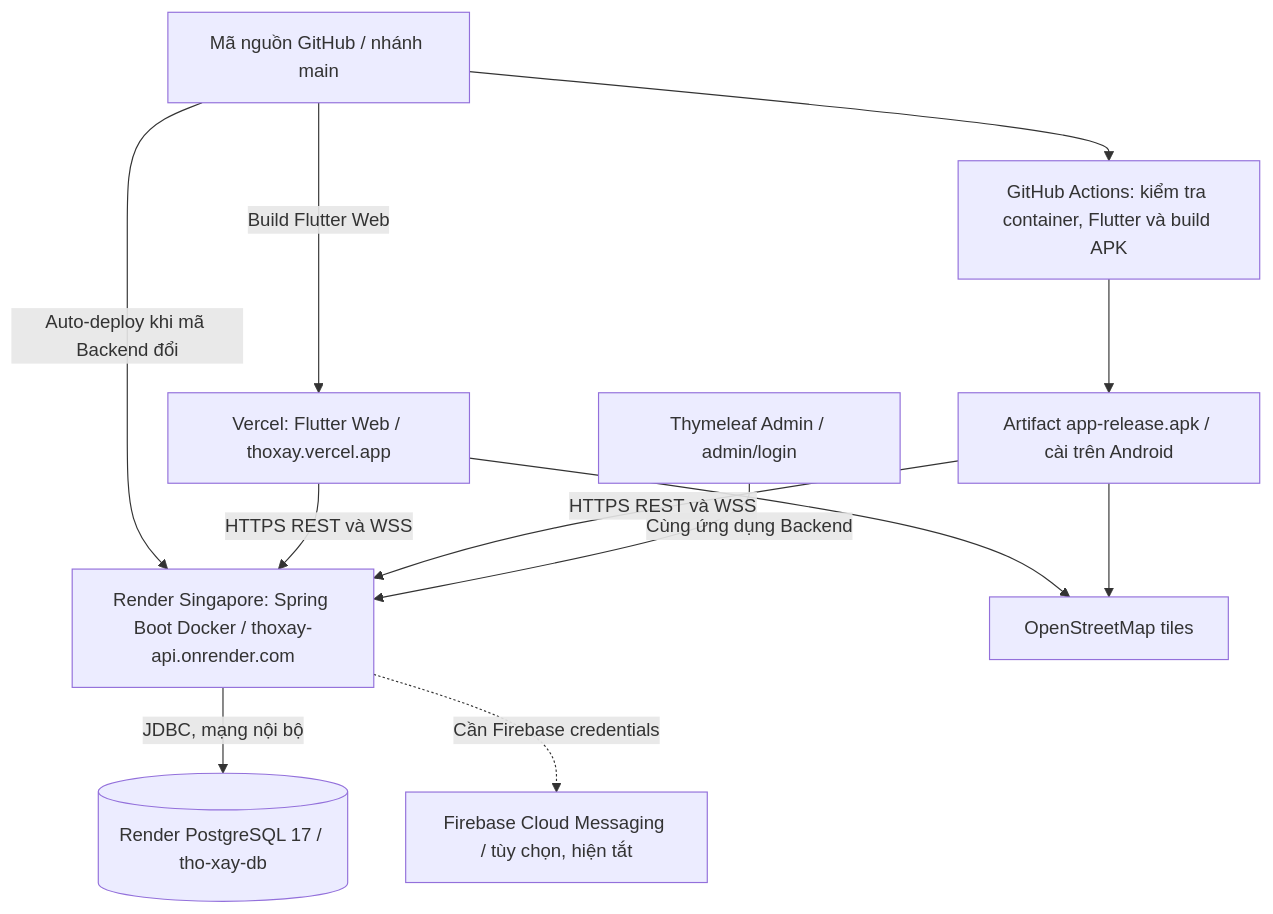
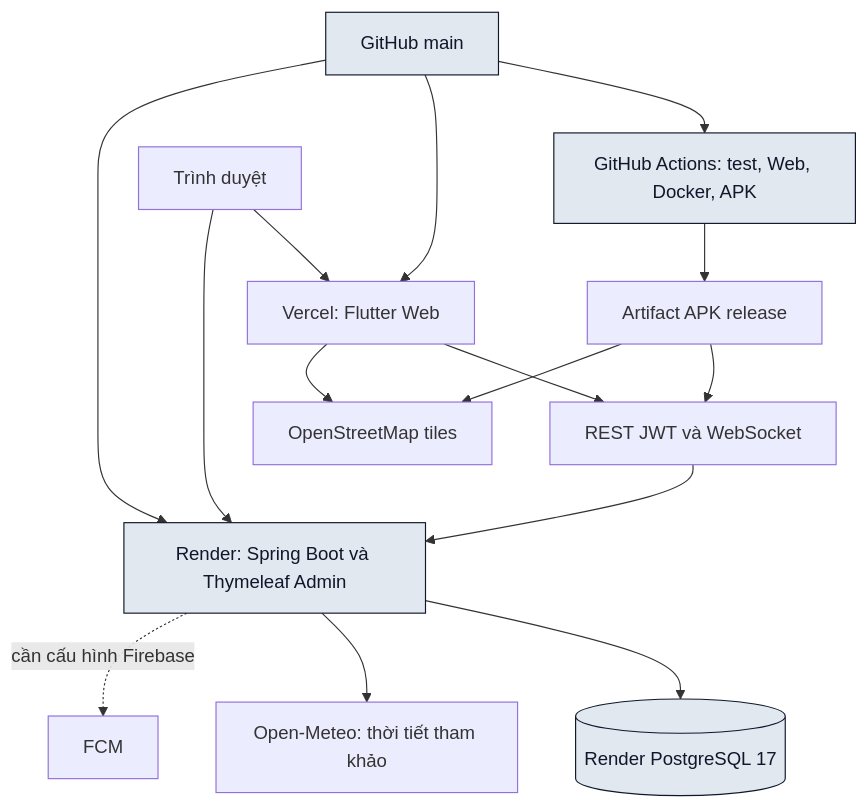
One commit to tranngocthiet2k6-ai/ThoXay changed diagram 12 of 12 in docs/BAO_CAO_DO_AN.md. Above: the diagram before and after it, drawn with Mermaid. The commit also changed other lines of this file and 24 other files, not shown here.

````diff
--- a/docs/BAO_CAO_DO_AN.md
+++ b/docs/BAO_CAO_DO_AN.md
@@ -870,22 +1670,19 @@
 ```mermaid
 flowchart TB
-    DEV["Mã nguồn GitHub / nhánh main"]
-    CI["GitHub Actions: kiểm tra container, Flutter và build APK"]
-    APK["Artifact app-release.apk / cài trên Android"]
-    V["Vercel: Flutter Web / thoxay.vercel.app"]
-    API["Render Singapore: Spring Boot Docker / thoxay-api.onrender.com"]
-    ADMIN["Thymeleaf Admin / admin/login"]
-    DB[("Render PostgreSQL 17 / tho-xay-db")]
-    OSM["OpenStreetMap tiles"]
-    FCM["Firebase Cloud Messaging / tùy chọn, hiện tắt"]
-    DEV --> CI --> APK
-    DEV -->|"Build Flutter Web"| V
-    DEV -->|"Auto-deploy khi mã Backend đổi"| API
-    V -->|"HTTPS REST và WSS"| API
-    APK -->|"HTTPS REST và WSS"| API
-    ADMIN -->|"Cùng ứng dụng Backend"| API
-    API -->|"JDBC, mạng nội bộ"| DB
-    V --> OSM
-    APK --> OSM
-    API -. "Cần Firebase credentials" .-> FCM
+ github["GitHub main"] --> ci["GitHub Actions: test, Web, Docker, APK"]
+ github --> vercel["Vercel: Flutter Web"]
+ github --> render["Render: Spring Boot và Thymeleaf Admin"]
+ ci --> apk["Artifact APK release"]
+ browser["Trình duyệt"] --> vercel
+ browser --> render
+ apk --> api["REST JWT và WebSocket"]
+ vercel --> api
+ api --> render
+ render --> postgres[("Render PostgreSQL 17")]
+ render --> weather["Open-Meteo: thời tiết tham khảo"]
+ render -. "cần cấu hình Firebase" .-> fcm["FCM"]
+ vercel --> osm["OpenStreetMap tiles"]
+ apk --> osm
+ classDef platform fill:#e2e8f0,stroke:#0F172A,color:#0F172A
+ class github,ci,render,postgres platform
 ```
````
